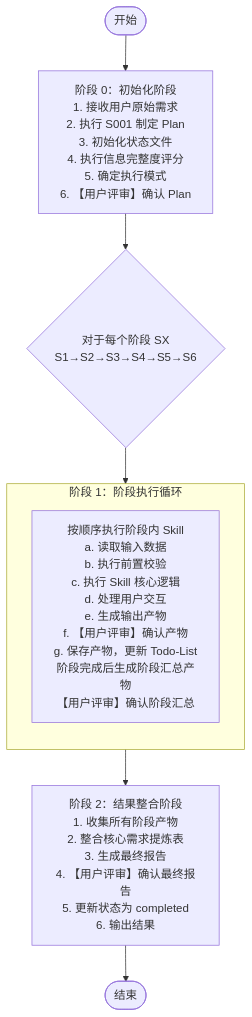
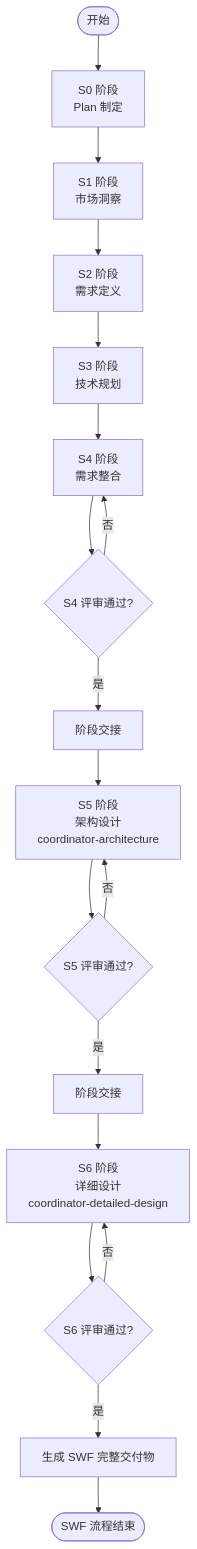
The second of 4 diagrams in WORKFLOW.md (HeartFlying/swf), drawn with Mermaid before and after one commit. The commit also changed other lines of this file and 4 other files, not shown here.

````diff
--- a/WORKFLOW.md
+++ b/WORKFLOW.md
@@ -46,16 +56,27 @@
 ```mermaid
 flowchart TD
-    Start([开始]) --> Stage0[阶段 0：初始化阶段<br/>1. 接收用户原始需求<br/>2. 执行 S001 制定 Plan<br/>3. 初始化状态文件<br/>4. 执行信息完整度评分<br/>5. 确定执行模式<br/>6. 【用户评审】确认 Plan]
-    
-    Stage0 --> Stage1{对于每个阶段 SX<br/>S1→S2→S3→S4→S5→S6}
-    
-    subgraph Stage1Loop[阶段 1：阶段执行循环]
-        direction TB
-        Stage1LoopContent[按顺序执行阶段内 Skill<br/>a. 读取输入数据<br/>b. 执行前置校验<br/>c. 执行 Skill 核心逻辑<br/>d. 处理用户交互<br/>e. 生成输出产物<br/>f. 【用户评审】确认产物<br/>g. 保存产物，更新 Todo-List<br/>阶段完成后生成阶段汇总产物<br/>【用户评审】确认阶段汇总]
-    end
-    
-    Stage1 --> Stage1Loop
-    Stage1Loop --> Stage2[阶段 2：结果整合阶段<br/>1. 收集所有阶段产物<br/>2. 整合核心需求提炼表<br/>3. 生成最终报告<br/>4. 【用户评审】确认最终报告<br/>5. 更新状态为 completed<br/>6. 输出结果]
-    
-    Stage2 --> EndNode([结束])
+    Start([开始]) --> S0[S0 阶段<br/>Plan 制定]
+
+    S0 --> S1[S1 阶段<br/>市场洞察]
+    S1 --> S2[S2 阶段<br/>需求定义]
+    S2 --> S3[S3 阶段<br/>技术规划]
+    S3 --> S4[S4 阶段<br/>需求整合]
+
+    S4 --> CheckS4{S4 评审通过?}
+    CheckS4 -->|是| HandoverS5[阶段交接]
+    CheckS4 -->|否| S4
+
+    HandoverS5 --> S5[S5 阶段<br/>架构设计<br/>coordinator-architecture]
+
+    S5 --> CheckS5{S5 评审通过?}
+    CheckS5 -->|是| HandoverS6[阶段交接]
+    CheckS5 -->|否| S5
+
+    HandoverS6 --> S6[S6 阶段<br/>详细设计<br/>coordinator-detailed-design]
+
+    S6 --> CheckS6{S6 评审通过?}
+    CheckS6 -->|是| Final[生成 SWF 完整交付物]
+    CheckS6 -->|否| S6
+
+    Final --> End([SWF 流程结束])
 ```
````
